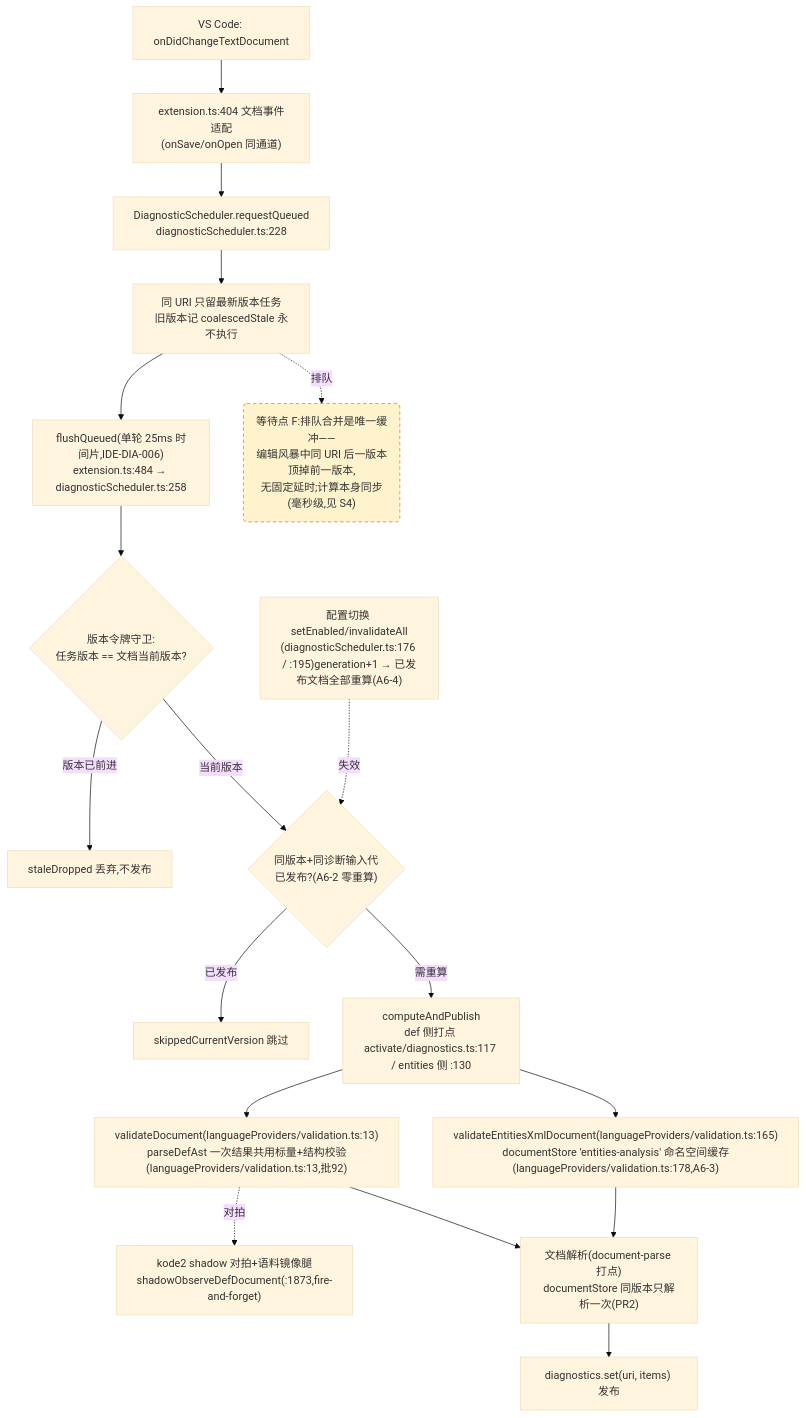
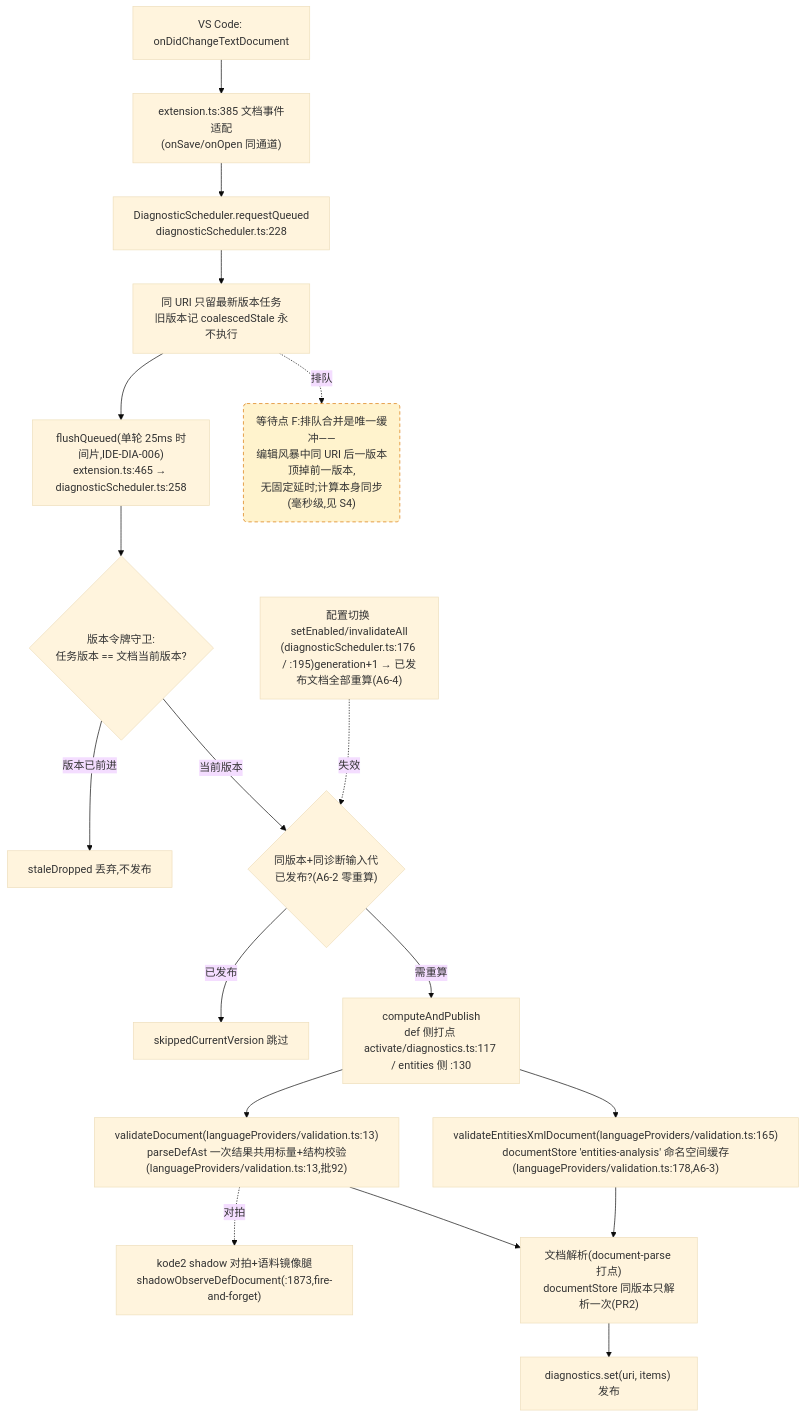
The fourth of 4 diagrams in docs/perf/2026-baseline.md (cuihairu/kode), drawn with Mermaid (base theme) before and after one commit. The commit also changed 6 other files, not shown here.

````diff
--- a/docs/perf/2026-baseline.md
+++ b/docs/perf/2026-baseline.md
@@ -214,38 +214,38 @@
 ```mermaid
 flowchart TD
   CHG["VS Code: onDidChangeTextDocument"]
-  WATCH["extension.ts:404 文档事件适配<br/>(onSave/onOpen 同通道)"]
+  WATCH["extension.ts:385 文档事件适配<br/>(onSave/onOpen 同通道)"]
   RQ["DiagnosticScheduler.requestQueued<br/>diagnosticScheduler.ts:228"]
   CO["同 URI 只留最新版本任务<br/>旧版本记 coalescedStale 永不执行"]
-  FL["flushQueued(单轮 25ms 时间片,IDE-DIA-006)<br/>extension.ts:484 → diagnosticScheduler.ts:258"]
+  FL["flushQueued(单轮 25ms 时间片,IDE-DIA-006)<br/>extension.ts:465 → diagnosticScheduler.ts:258"]
   VG{"版本令牌守卫:<br/>任务版本 == 文档当前版本?"}
   DROP["staleDropped 丢弃,不发布"]
   GEN{"同版本+同诊断输入代<br/>已发布?(A6-2 零重算)"}
   SKIP["skippedCurrentVersion 跳过"]
   CALC["computeAndPublish<br/>def 侧打点 activate/diagnostics.ts:117 / entities 侧 :130"]
   VD["validateDocument(languageProviders/validation.ts:13)<br/>parseDefAst 一次结果共用标量+结构校验(languageProviders/validation.ts:13,批92)"]
   VEX["validateEntitiesXmlDocument(languageProviders/validation.ts:165)<br/>documentStore 'entities-analysis' 命名空间缓存(languageProviders/validation.ts:178,A6-3)"]
   SHDD["kode2 shadow 对拍+语料镜像腿<br/>shadowObserveDefDocument(:1873,fire-and-forget)"]
   DS["文档解析(document-parse 打点)<br/>documentStore 同版本只解析一次(PR2)"]
   PUB["diagnostics.set(uri, items) 发布"]
   CFG2["配置切换 setEnabled/invalidateAll<br/>(diagnosticScheduler.ts:176 / :195)generation+1 → 已发布文档全部重算(A6-4)"]
 
   CHG --> WATCH --> RQ --> CO --> FL --> VG
   VG -- "版本已前进" --> DROP
   VG -- "当前版本" --> GEN
   GEN -- "已发布" --> SKIP
   GEN -- "需重算" --> CALC
   CALC --> VD
   CALC --> VEX
   VD --> DS
   VEX --> DS
   DS --> PUB
   VD -.->|对拍| SHDD
   CFG2 -.->|失效| GEN
 
   WAITF("等待点 F:排队合并是唯一缓冲——<br/>编辑风暴中同 URI 后一版本顶掉前一版本,<br/>无固定延时;计算本身同步(毫秒级,见 S4)")
   CO -.->|排队| WAITF
 
   classDef waitPoint fill:#fff3cd,stroke:#d97706,stroke-dasharray:5 4;
   class WAITF waitPoint;
 ```
````
